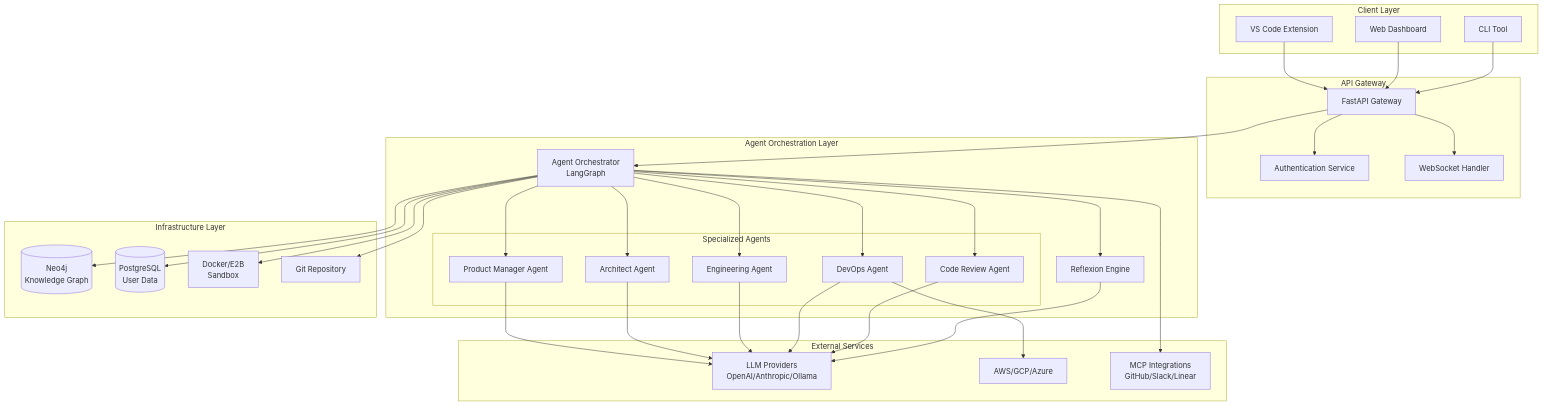
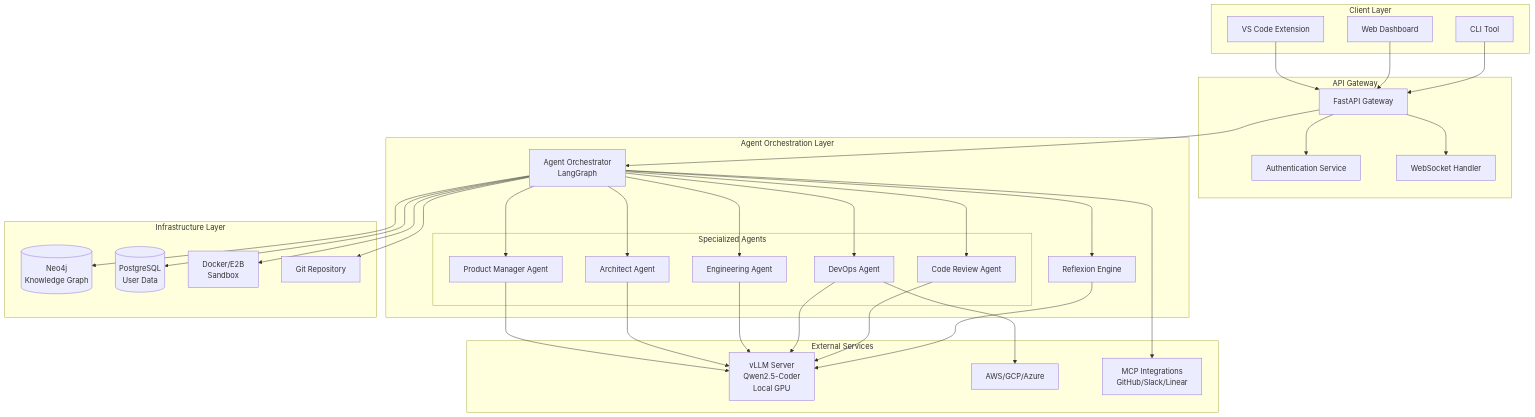
The first of 2 diagrams in .kiro/specs/autonomous-software-foundry/design.md (nairp126/software-foundry), drawn with Mermaid before and after one commit. The commit also changed other lines of this file and 2 other files, not shown here.

Commit message:
docs: update spec documents to reflect vLLM + Qwen implementation

````diff
--- a/.kiro/specs/autonomous-software-foundry/design.md
+++ b/.kiro/specs/autonomous-software-foundry/design.md
@@ -20,71 +45,71 @@
 ```mermaid
 graph TB
     subgraph "Client Layer"
         VSCode[VS Code Extension]
         WebUI[Web Dashboard]
         CLI[CLI Tool]
     end
     
     subgraph "API Gateway"
         Gateway[FastAPI Gateway]
         Auth[Authentication Service]
         WS[WebSocket Handler]
     end
     
     subgraph "Agent Orchestration Layer"
         Orchestrator[Agent Orchestrator<br/>LangGraph]
         
         subgraph "Specialized Agents"
             PM[Product Manager Agent]
             Arch[Architect Agent]
             Eng[Engineering Agent]
             DevOps[DevOps Agent]
             Review[Code Review Agent]
         end
         
         Reflexion[Reflexion Engine]
     end
     
     subgraph "Infrastructure Layer"
         KG[(Neo4j<br/>Knowledge Graph)]
         DB[(PostgreSQL<br/>User Data)]
         Sandbox[Docker/E2B<br/>Sandbox]
         Git[Git Repository]
     end
     
     subgraph "External Services"
-        LLM[LLM Providers<br/>OpenAI/Anthropic/Ollama]
+        LLM[vLLM Server<br/>Qwen2.5-Coder<br/>Local GPU]
         Cloud[AWS/GCP/Azure]
         MCP[MCP Integrations<br/>GitHub/Slack/Linear]
     end
     
     VSCode --> Gateway
     WebUI --> Gateway
     CLI --> Gateway
     
     Gateway --> Auth
     Gateway --> WS
     Gateway --> Orchestrator
     
     Orchestrator --> PM
     Orchestrator --> Arch
     Orchestrator --> Eng
     Orchestrator --> DevOps
     Orchestrator --> Review
     Orchestrator --> Reflexion
     
     PM --> LLM
     Arch --> LLM
     Eng --> LLM
     DevOps --> LLM
     Review --> LLM
     Reflexion --> LLM
     
     Orchestrator --> KG
     Orchestrator --> DB
     Orchestrator --> Sandbox
     Orchestrator --> Git
     
     DevOps --> Cloud
     Orchestrator --> MCP
 ```
````
